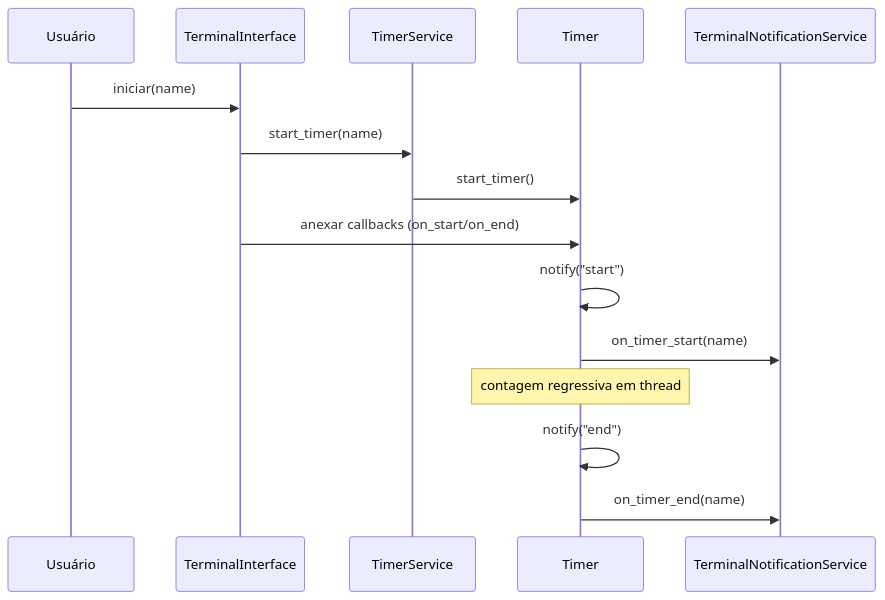
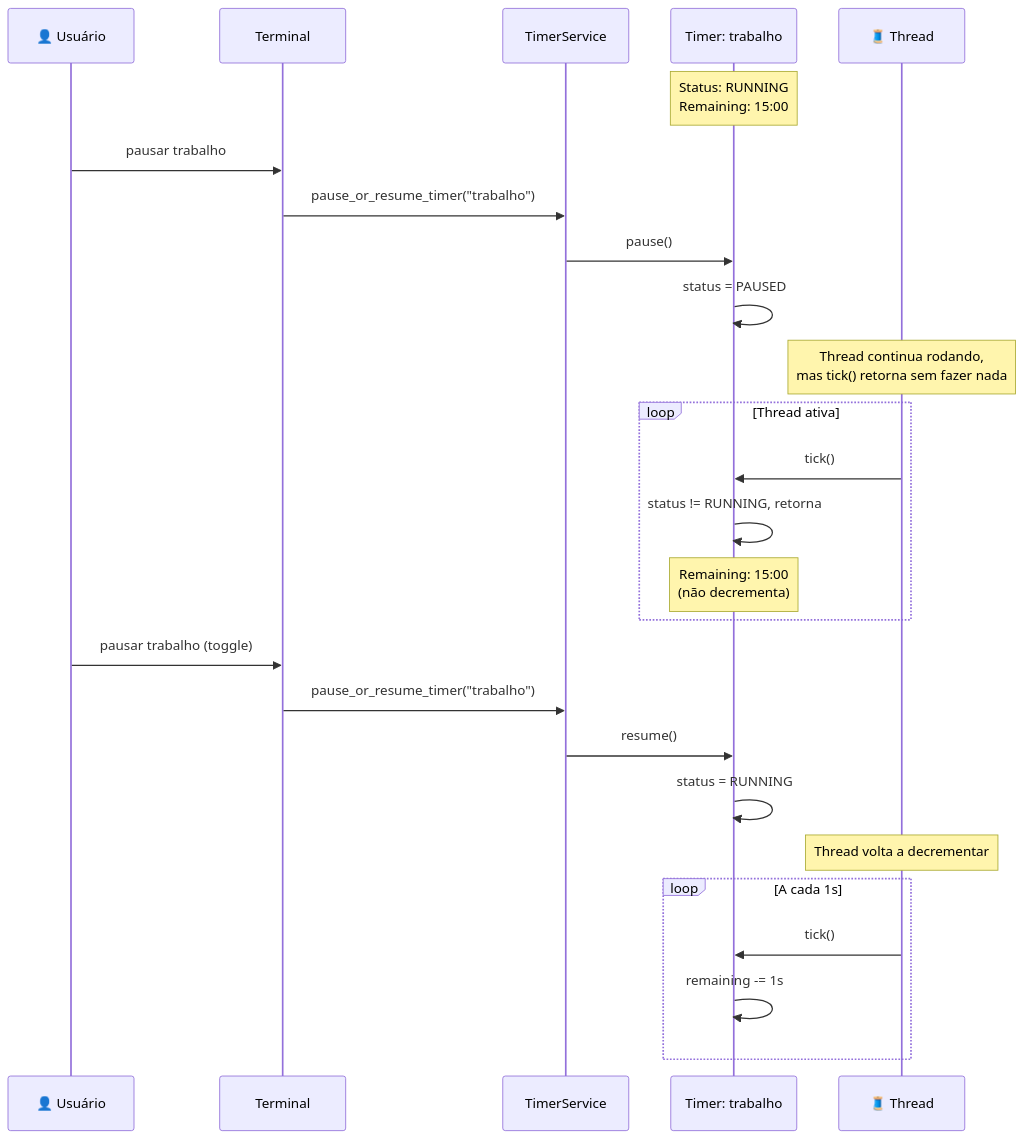
One commit to frbelotto/FreeTimerAlert changed the fourth of 4 diagrams in README.md. Above: the diagram before and after it, drawn with Mermaid. The commit also changed other lines of this file and 6 other files, not shown here.

Commit message:
Refactor Timer and TimerService for improved functionality and clarity; remove TimerExecutor, enhance timer management, and add example usage and tests.

````diff
--- a/README.md
+++ b/README.md
@@ -75,18 +255,35 @@
 ```mermaid
 sequenceDiagram
-		participant U as Usuário
-		participant TUI as TerminalInterface
-		participant S as TimerService
-		participant TM as Timer
-		participant N as TerminalNotificationService
+    participant U as 👤 Usuário
+    participant UI as Terminal
+    participant S as TimerService
+    participant T as Timer: trabalho
+    participant TH as 🧵 Thread
 
-		U->>TUI: iniciar(name)
-		TUI->>S: start_timer(name)
-		S->>TM: start_timer()
-		TUI->>TM: anexar callbacks (on_start/on_end)
-		TM->>TM: notify("start")
-		TM->>N: on_timer_start(name)
-		Note over TM: contagem regressiva em thread
-		TM->>TM: notify("end")
-		TM->>N: on_timer_end(name)
+    Note over T: Status: RUNNING<br/>Remaining: 15:00
+
+    U->>UI: pausar trabalho
+    UI->>S: pause_or_resume_timer("trabalho")
+    S->>T: pause()
+    T->>T: status = PAUSED
+    
+    Note over TH: Thread continua rodando,<br/>mas tick() retorna sem fazer nada
+    
+    loop Thread ativa
+        TH->>T: tick()
+        T->>T: status != RUNNING, retorna
+        Note over T: Remaining: 15:00<br/>(não decrementa)
+    end
+    
+    U->>UI: pausar trabalho (toggle)
+    UI->>S: pause_or_resume_timer("trabalho")
+    S->>T: resume()
+    T->>T: status = RUNNING
+    
+    Note over TH: Thread volta a decrementar
+    
+    loop A cada 1s
+        TH->>T: tick()
+        T->>T: remaining -= 1s
+    end
 ```
````
